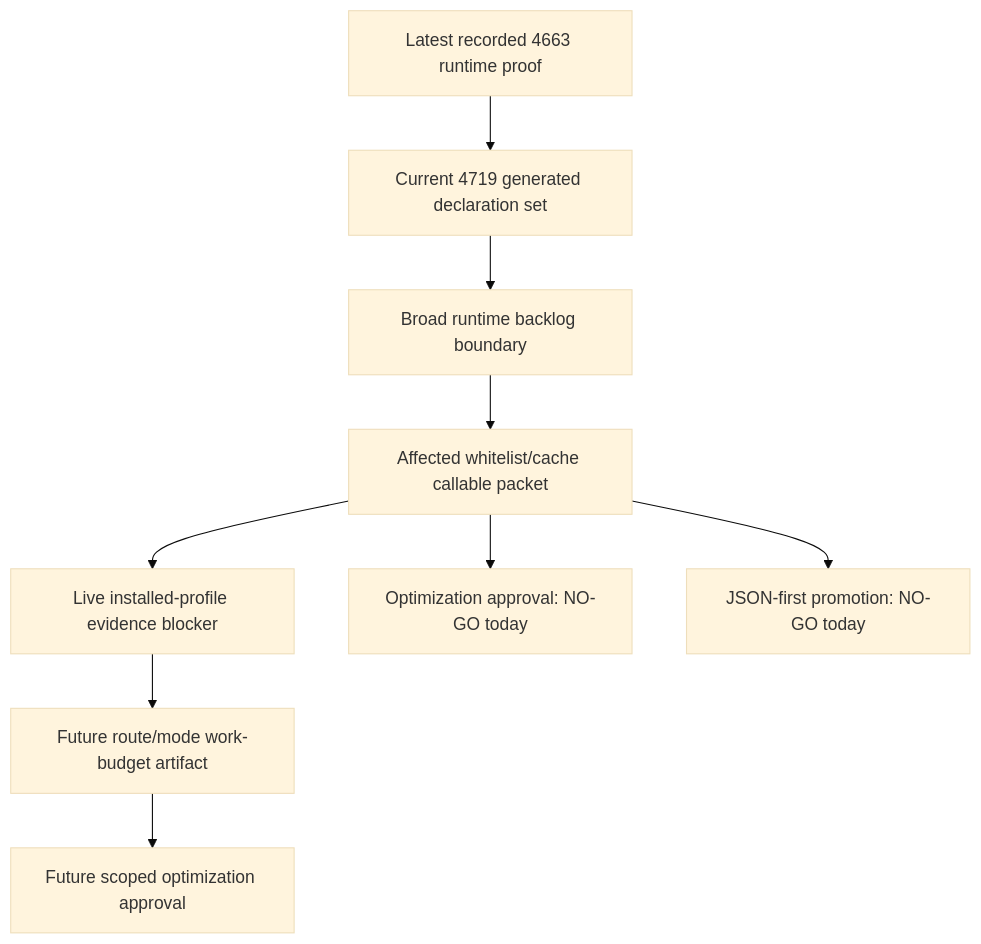
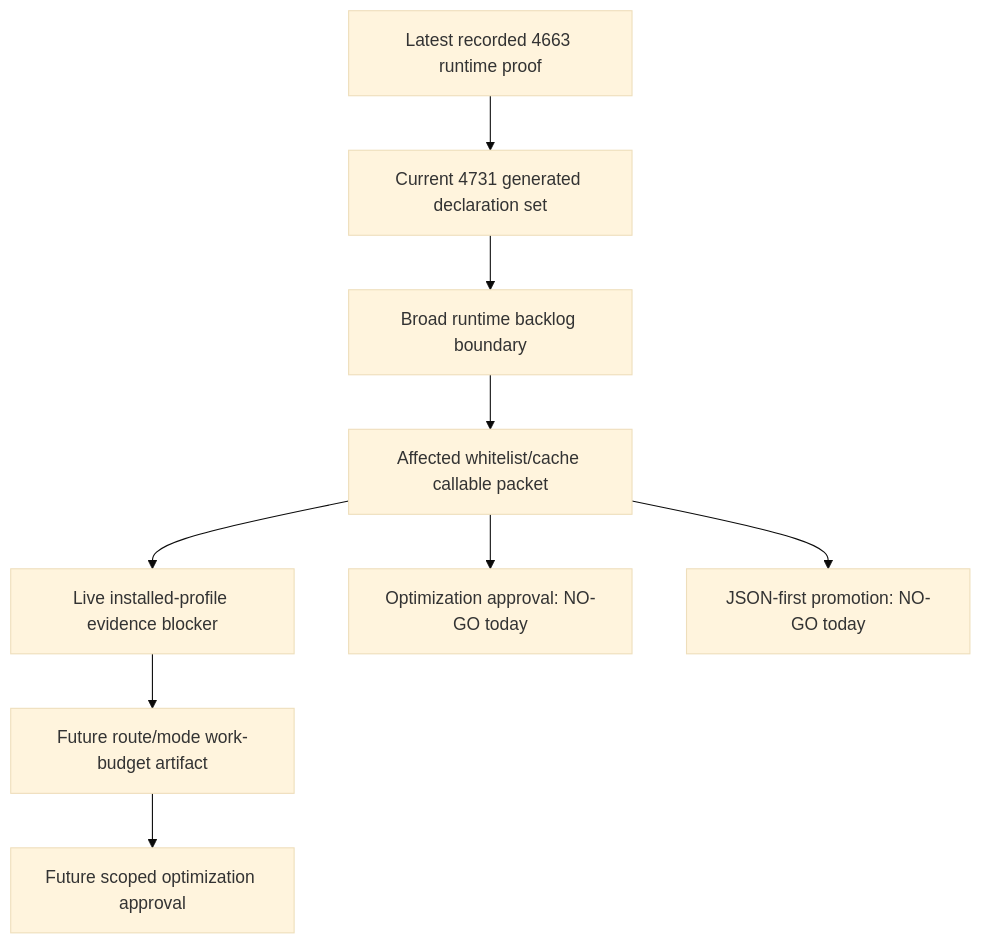
Before and after one commit to varshneydevansh/FilterTube: the diagram in docs/audit/FILTERTUBE_OPTIMIZATION_CANDIDATE_PRIORITY_REGISTER_CURRENT_BEHAVIOR_2026-05-24.md, drawn with Mermaid (base theme). The commit also changed other lines of this file and 86 other files, not shown here.

Commit message:
test: refresh runtime count provenance proof

````diff
--- a/docs/audit/FILTERTUBE_OPTIMIZATION_CANDIDATE_PRIORITY_REGISTER_CURRENT_BEHAVIOR_2026-05-24.md
+++ b/docs/audit/FILTERTUBE_OPTIMIZATION_CANDIDATE_PRIORITY_REGISTER_CURRENT_BEHAVIOR_2026-05-24.md
@@ -183,11 +183,11 @@
 ```mermaid
 flowchart TD
-  A["Latest recorded 4663 runtime proof"] --> B["Current 4719 generated declaration set"]
+  A["Latest recorded 4663 runtime proof"] --> B["Current 4731 generated declaration set"]
   B --> C["Broad runtime backlog boundary"]
   C --> D["Affected whitelist/cache callable packet"]
   D --> E["Live installed-profile evidence blocker"]
   E --> F["Future route/mode work-budget artifact"]
   F --> G["Future scoped optimization approval"]
   D --> H["Optimization approval: NO-GO today"]
   D --> I["JSON-first promotion: NO-GO today"]
 ```
````
